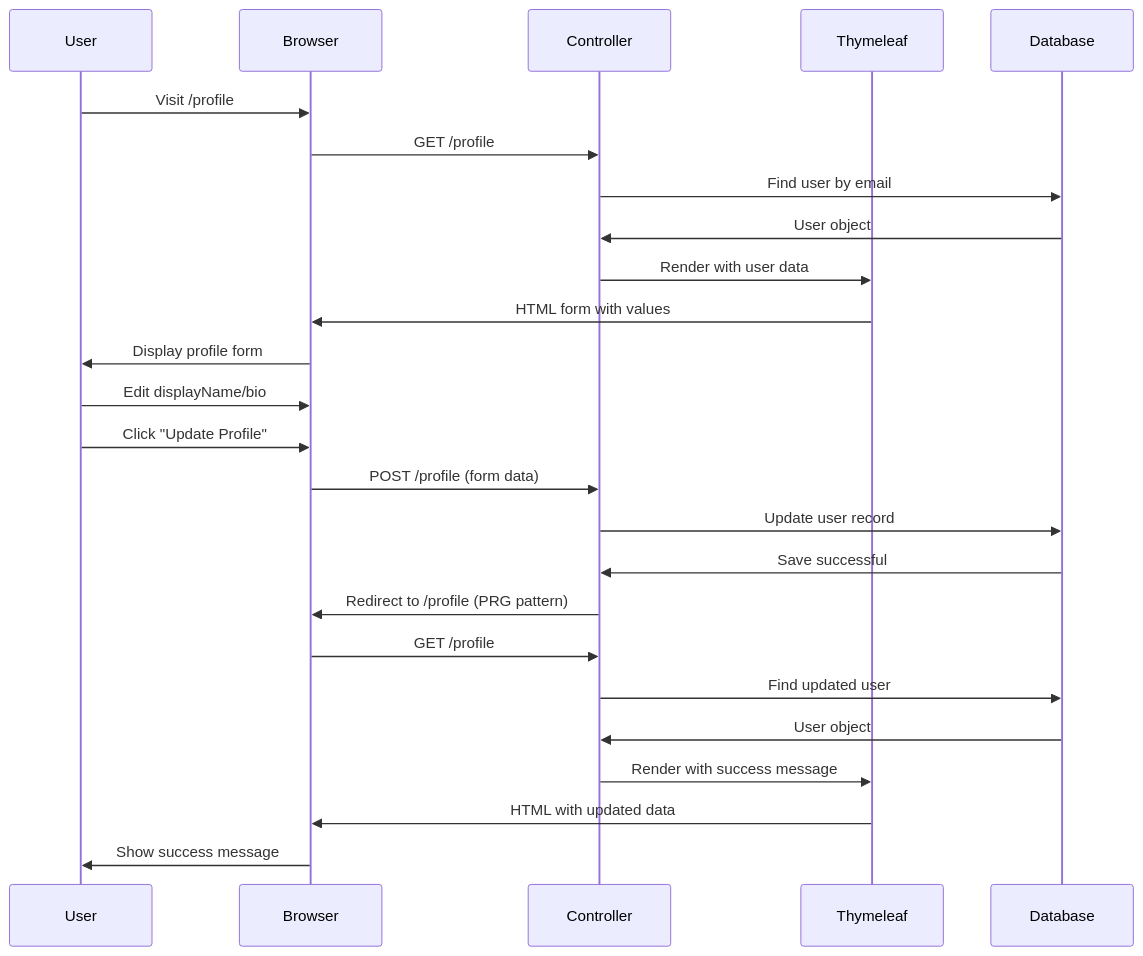
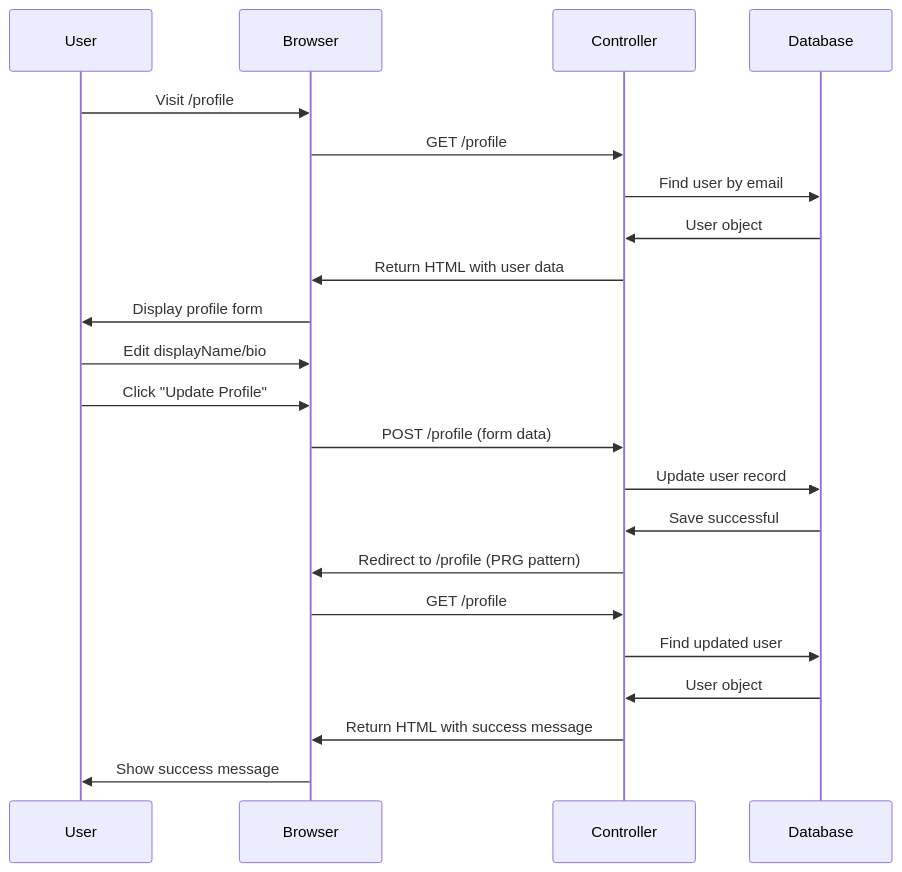
Before and after one commit to IamJesssie/Spring-Oauth2-Profile: the third of 4 diagrams in README.md, drawn with Mermaid. The commit also changed other lines of this file, not shown here.

Commit message:
docs: Update README to architecture diagram

````diff
--- a/README.md
+++ b/README.md
@@ -164,29 +161,26 @@
 ```mermaid
 sequenceDiagram
     participant User
     participant Browser
     participant Controller
-    participant Thymeleaf
     participant Database
-    
+
     User->>Browser: Visit /profile
     Browser->>Controller: GET /profile
     Controller->>Database: Find user by email
     Database->>Controller: User object
-    Controller->>Thymeleaf: Render with user data
-    Thymeleaf->>Browser: HTML form with values
+    Controller->>Browser: Return HTML with user data
     Browser->>User: Display profile form
     
     User->>Browser: Edit displayName/bio
     User->>Browser: Click "Update Profile"
     Browser->>Controller: POST /profile (form data)
     Controller->>Database: Update user record
     Database->>Controller: Save successful
     Controller->>Browser: Redirect to /profile (PRG pattern)
     Browser->>Controller: GET /profile
     Controller->>Database: Find updated user
     Database->>Controller: User object
-    Controller->>Thymeleaf: Render with success message
-    Thymeleaf->>Browser: HTML with updated data
+    Controller->>Browser: Return HTML with success message
     Browser->>User: Show success message
 ```
````
